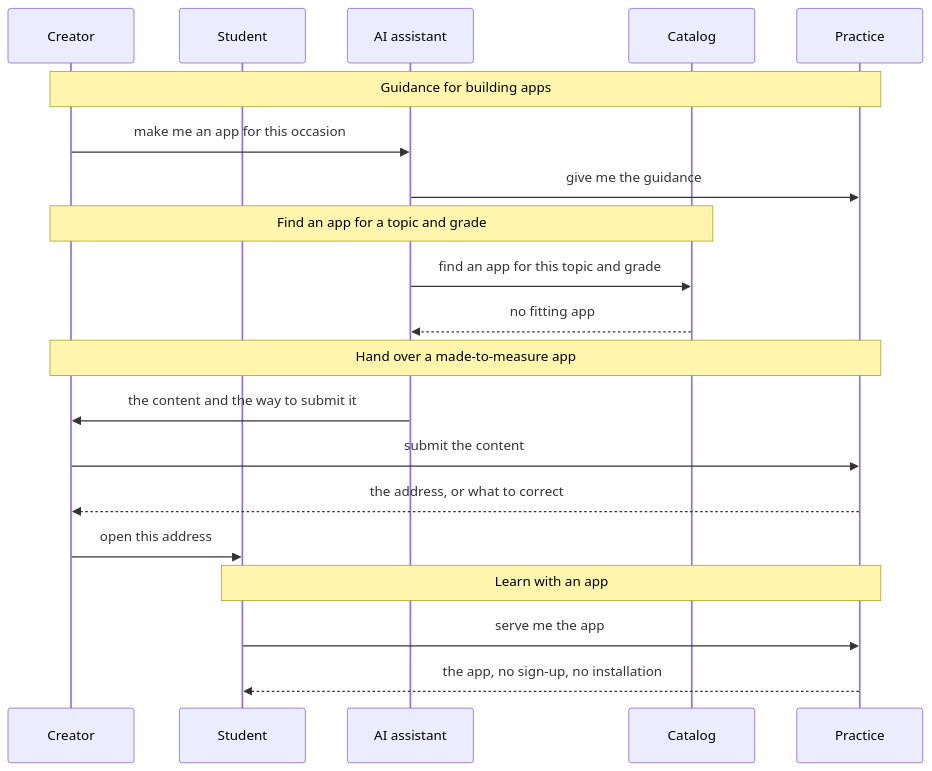
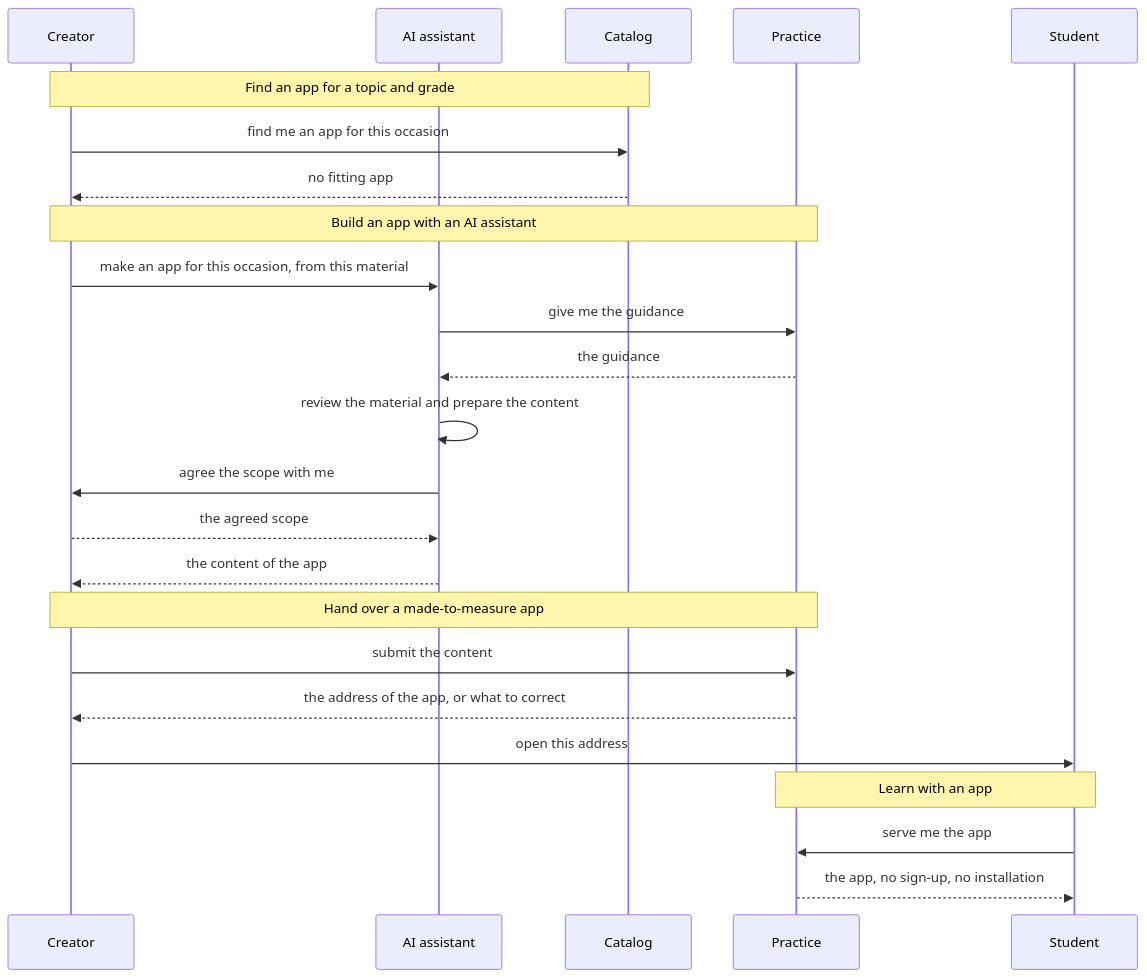
Before and after one commit to lernapps/docs: the fourth of 7 diagrams in docs/arc42/06-runtime-view.arc42.md, drawn with Mermaid. The commit also changed other lines of this file and 3 other files, not shown here.

First line of the commit message:
feat: show building with the assistant in the tailor-made journey

````diff
--- a/docs/arc42/06-runtime-view.arc42.md
+++ b/docs/arc42/06-runtime-view.arc42.md
@@ -192,22 +192,26 @@
 ```mermaid
 sequenceDiagram
     participant creator as Creator
-    participant student as Student
     participant assistant as AI assistant
     participant catalog as Catalog
     participant practice as Practice
-    Note over creator,practice: Guidance for building apps
-    creator->>assistant: make me an app for this occasion
+    participant student as Student
+    Note over creator,catalog: Find an app for a topic and grade
+    creator->>catalog: find me an app for this occasion
+    catalog-->>creator: no fitting app
+    Note over creator,practice: Build an app with an AI assistant
+    creator->>assistant: make an app for this occasion, from this material
     assistant->>practice: give me the guidance
-    Note over creator,catalog: Find an app for a topic and grade
-    assistant->>catalog: find an app for this topic and grade
-    catalog-->>assistant: no fitting app
+    practice-->>assistant: the guidance
+    assistant->>assistant: review the material and prepare the content
+    assistant->>creator: agree the scope with me
+    creator-->>assistant: the agreed scope
+    assistant-->>creator: the content of the app
     Note over creator,practice: Hand over a made-to-measure app
-    assistant->>creator: the content and the way to submit it
     creator->>practice: submit the content
-    practice-->>creator: the address, or what to correct
+    practice-->>creator: the address of the app, or what to correct
     creator->>student: open this address
     Note over student,practice: Learn with an app
     student->>practice: serve me the app
     practice-->>student: the app, no sign-up, no installation
 ```
````
